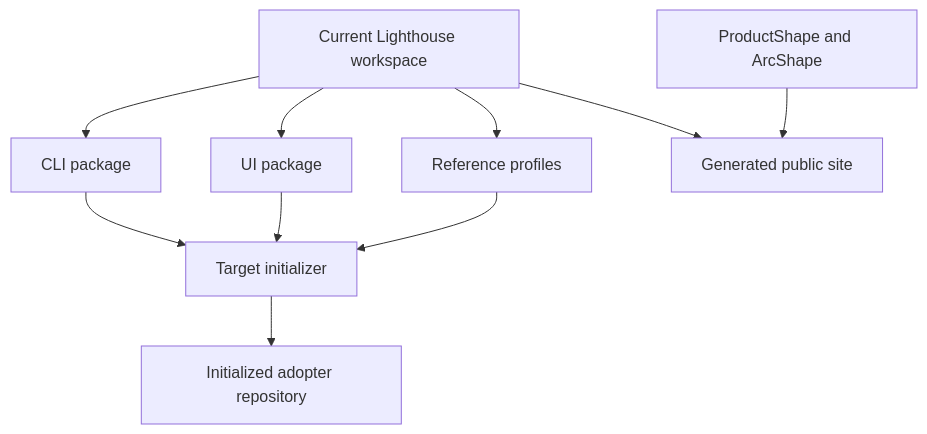
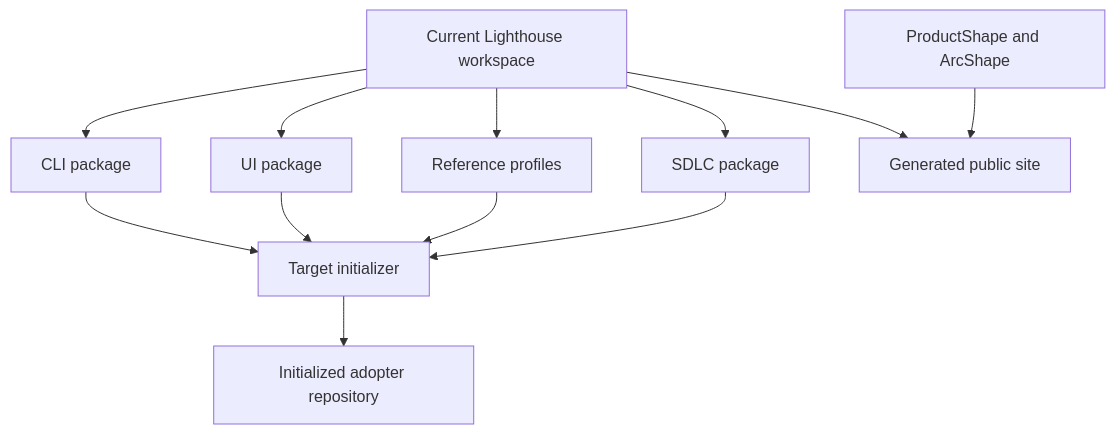
The diagram in docs/architecture/04-solution-strategy/README.md (juangcarmona/lighthouse), drawn with Mermaid before and after one commit. The commit also changed other lines of this file and 43 other files, not shown here.

````diff
--- a/docs/architecture/04-solution-strategy/README.md
+++ b/docs/architecture/04-solution-strategy/README.md
@@ -41,13 +41,15 @@
 ```mermaid
 flowchart TB
     accTitle: Lighthouse authoring workspace and initialized output
     source[Current Lighthouse workspace] --> cli[CLI package]
+    source --> sdlc[SDLC package]
     source --> ui[UI package]
     source --> profiles[Reference profiles]
     cli --> init[Target initializer]
     ui --> init
     profiles --> init
+    sdlc --> init
     init --> adopter[Initialized adopter repository]
     source --> public[Generated public site]
     authorities[ProductShape and ArcShape] --> public
 ```
````
